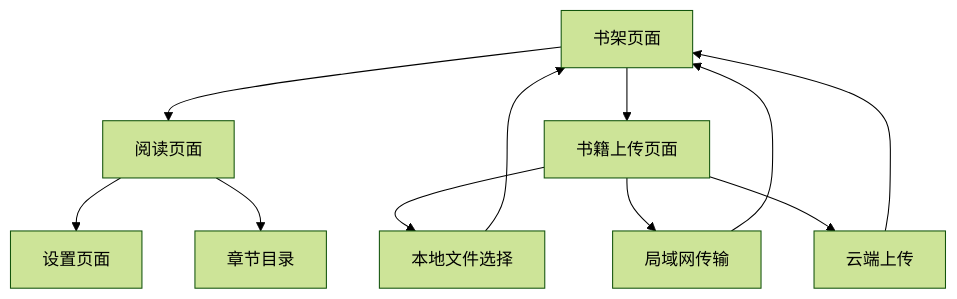
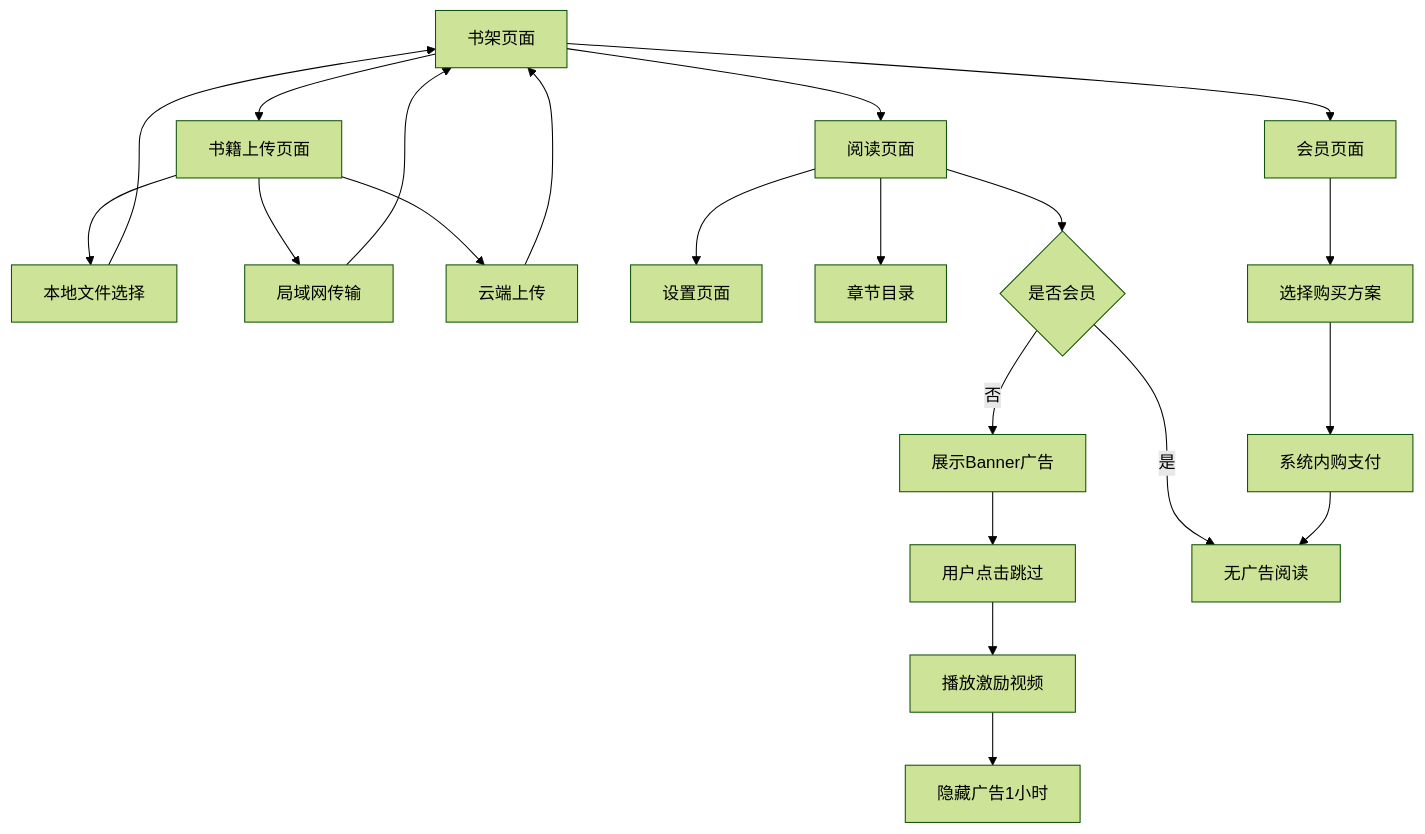
One commit to Daneaz/audio_book changed the diagram in documents/墨声APP产品需求文档.md. Above: the diagram before and after it, drawn with Mermaid (forest theme). The commit also changed other lines of this file and 7 other files, not shown here.

````diff
--- a/documents/墨声APP产品需求文档.md
+++ b/documents/墨声APP产品需求文档.md
@@ -40,13 +53,23 @@
 ```mermaid
 graph TD
   A[书架页面] --> B[阅读页面]
   A --> C[书籍上传页面]
+  A --> I[会员页面]
   C --> D[本地文件选择]
   C --> E[局域网传输]
   C --> F[云端上传]
   B --> G[设置页面]
   B --> H[章节目录]
+  B --> J{是否会员}
+  J -->|否| K[展示Banner广告]
+  K --> L[用户点击跳过]
+  L --> M[播放激励视频]
+  M --> N[隐藏广告1小时]
+  J -->|是| O[无广告阅读]
+  I --> P[选择购买方案]
+  P --> Q[系统内购支付]
+  Q --> O
   D --> A
   E --> A
   F --> A
 ```
````
